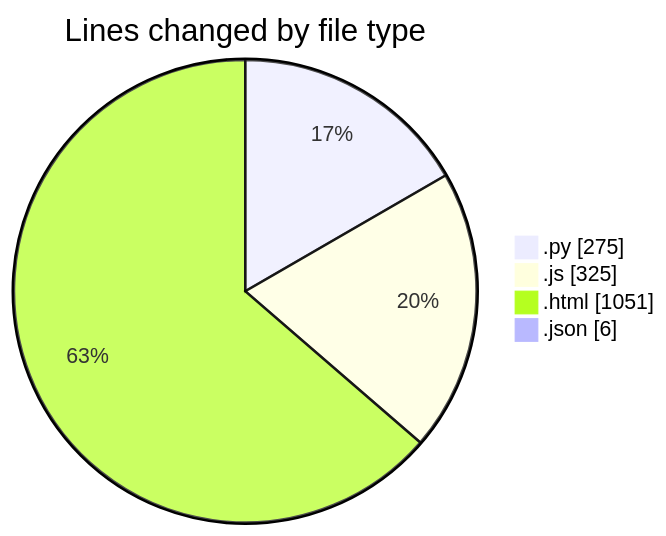
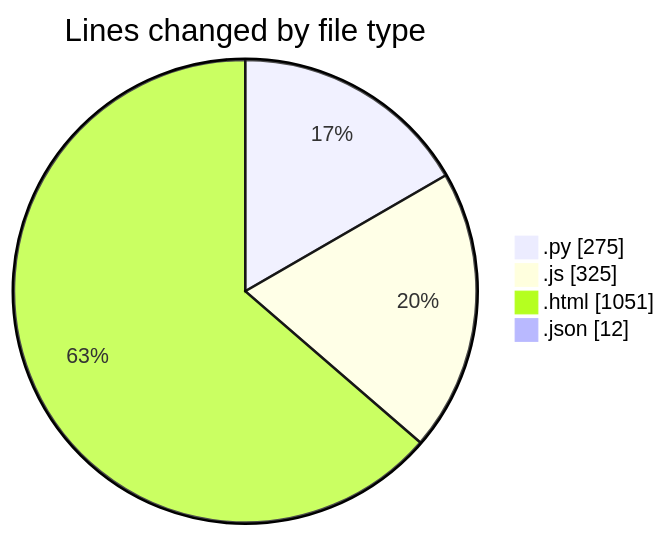
The first of 2 diagrams in 2026-07-09/twenty_versions_aminor/README.md (shibass792/code-tracking), drawn with Mermaid before and after one commit. The commit also changed other lines of this file and 1 other file, not shown here.

````diff
--- a/2026-07-09/twenty_versions_aminor/README.md
+++ b/2026-07-09/twenty_versions_aminor/README.md
@@ -23,8 +24,8 @@
 ```mermaid
 pie showData
 title Lines changed by file type
 ".py" : 275
 ".js" : 325
 ".html" : 1051
-".json" : 6
+".json" : 12
 ```
````
